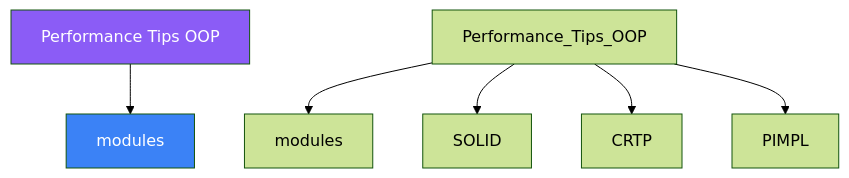
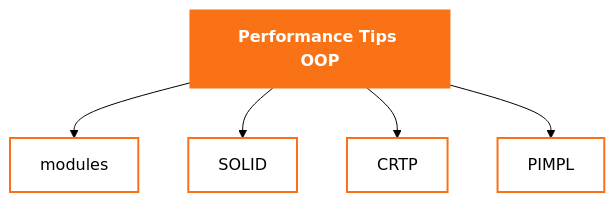
Before and after one commit to AI-Maddy/Learn-Modern-CPP-OOP-30-Days: the diagram in mkdocs-site/docs/days/day-22/02-definition.md, drawn with Mermaid (forest theme). The commit also changed 99 other files, not shown here.

````diff
--- a/mkdocs-site/docs/days/day-22/02-definition.md
+++ b/mkdocs-site/docs/days/day-22/02-definition.md
@@ -119,10 +119,12 @@
 ```mermaid
 graph TD
-    ROOT["Performance Tips OOP"] --> A["modules"]
-    Performance_Tips_OOP --> modules["modules"]
-    Performance_Tips_OOP --> SOLID["SOLID"]
-    Performance_Tips_OOP --> CRTP["CRTP"]
-    Performance_Tips_OOP --> PIMPL["PIMPL"]
-    style ROOT fill:#8b5cf6,color:#fff
-    style A    fill:#3b82f6,color:#fff
+    ROOT["Performance Tips OOP"]
+    ROOT --> n0["modules"]
+    ROOT --> n1["SOLID"]
+    ROOT --> n2["CRTP"]
+    ROOT --> n3["PIMPL"]
+    classDef topic fill:#f97316,stroke:#f97316,color:#ffffff,font-weight:bold
+    classDef concept fill:transparent,stroke:#f97316,stroke-width:2px
+    class ROOT topic
+    class n0,n1,n2,n3 concept
 ```
````
